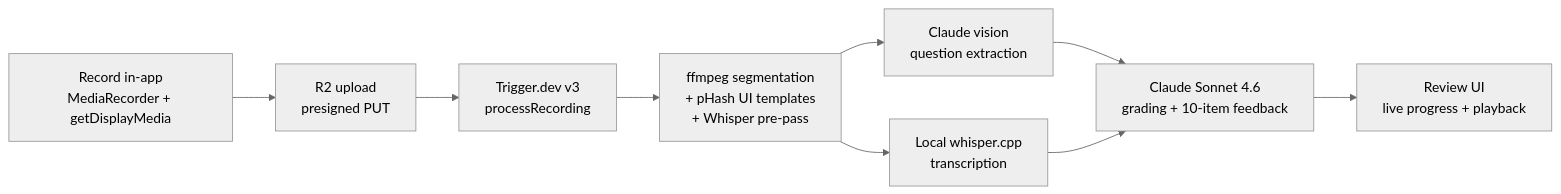
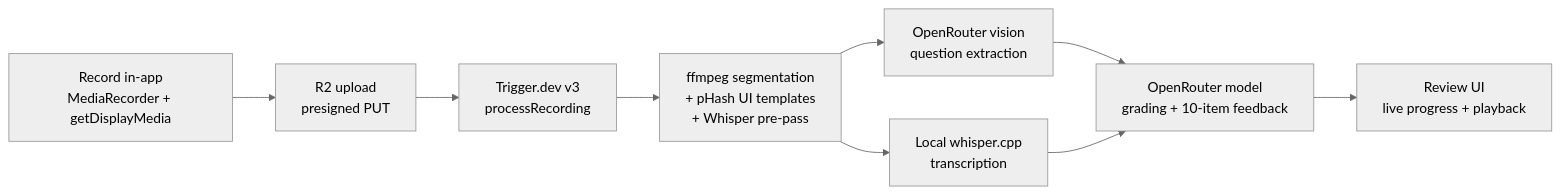
Before and after one commit to hotredsam/CPA-Study-App-v3: the diagram in README.md, drawn with Mermaid (neutral theme). The commit also changed other lines of this file and 29 other files, not shown here.

````diff
--- a/README.md
+++ b/README.md
@@ -31,10 +31,10 @@
 ``` mermaid
 flowchart LR
     A[Record in-app<br/>MediaRecorder + getDisplayMedia] --> B[R2 upload<br/>presigned PUT]
     B --> C[Trigger.dev v3<br/>processRecording]
     C --> D[ffmpeg segmentation<br/>+ pHash UI templates<br/>+ Whisper pre-pass]
-    D --> E1[Claude vision<br/>question extraction]
+    D --> E1[OpenRouter vision<br/>question extraction]
     D --> E2[Local whisper.cpp<br/>transcription]
-    E1 & E2 --> F[Claude Sonnet 4.6<br/>grading + 10-item feedback]
+    E1 & E2 --> F[OpenRouter model<br/>grading + 10-item feedback]
     F --> G[Review UI<br/>live progress + playback]
 ```
````
